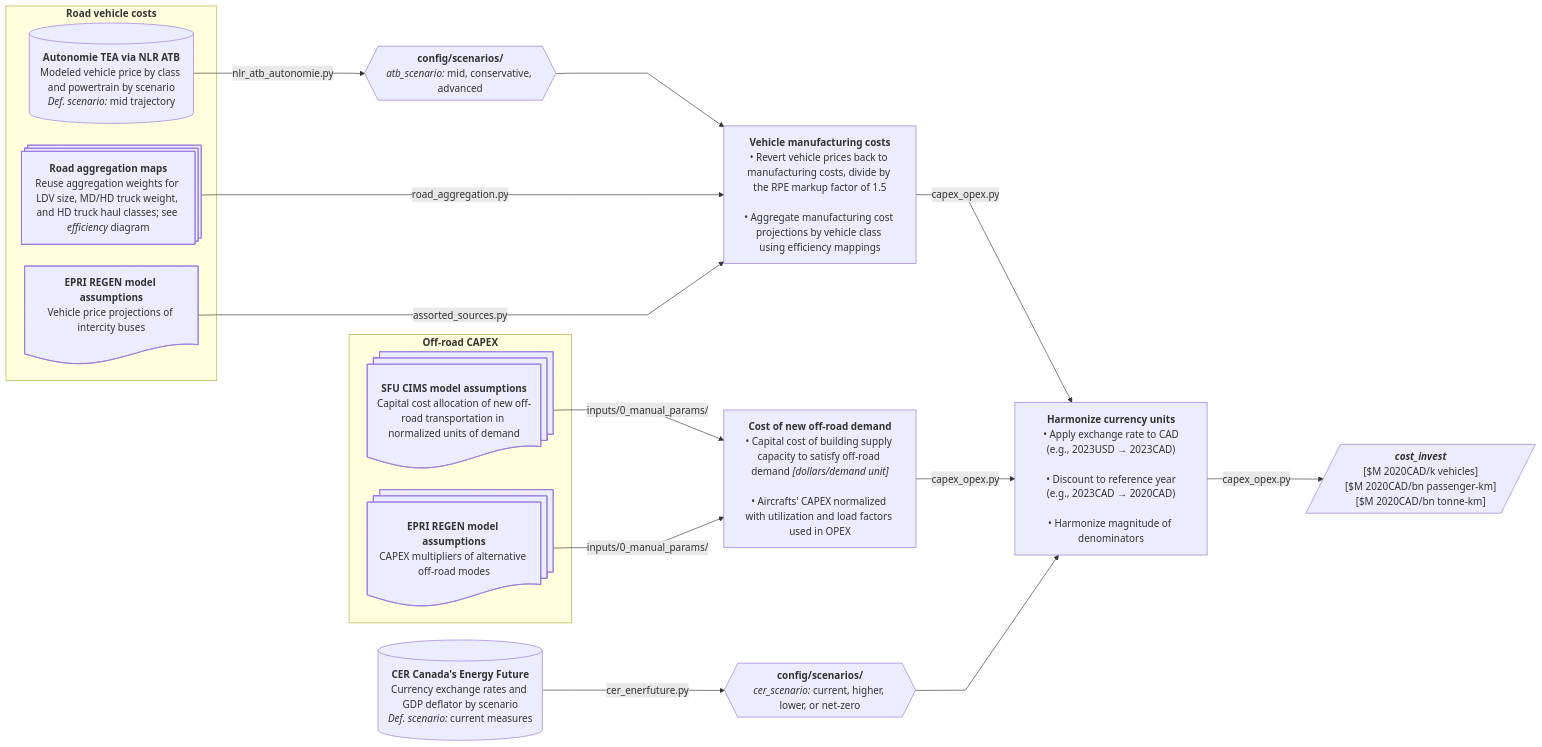
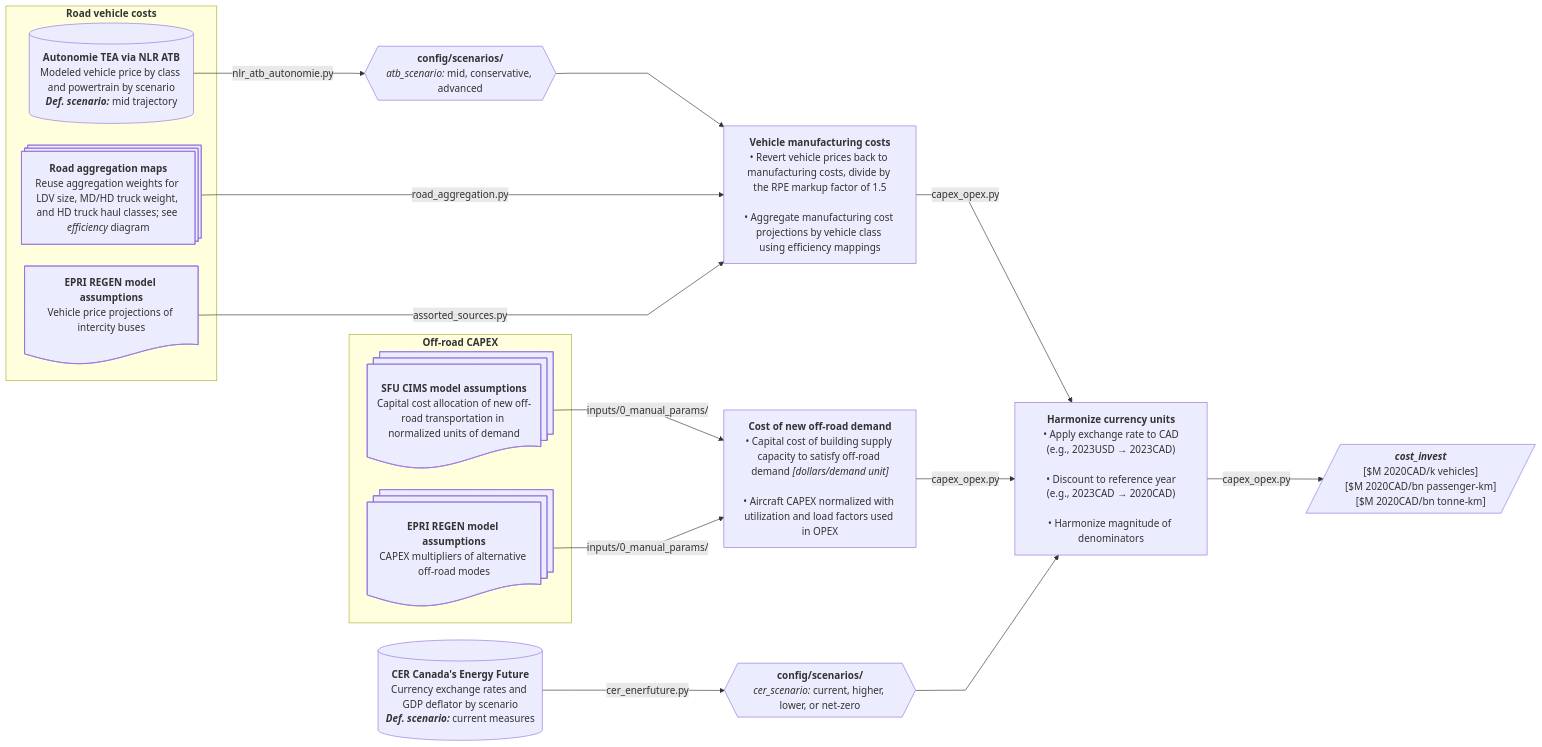
One commit to CANOE-main/canoe-transportation changed the seventh of 12 diagrams in docs/etl_flowcharts.md. Above: the diagram before and after it, drawn with Mermaid. The commit also changed other lines of this file and 10 other files, not shown here.

````diff
--- a/docs/etl_flowcharts.md
+++ b/docs/etl_flowcharts.md
@@ -469,51 +559,73 @@
 ```mermaid
 ---
 config:
   layout: dagre
   flowchart:
     nodeSpacing: 35
     rankSpacing: 50
     wrappingWidth: 250
     curve: linear
 ---
 flowchart LR
-  s3[("`**CER Canada's Energy Future**<br>Currency exchange rates and GDP deflator by scenario<br>*Def. scenario:* current measures`")]
+  %% ########### Sources ###########
+  s3[("`**CER Canada's Energy Future**
+    Currency exchange rates and GDP deflator by scenario
+    ***Def. scenario:*** current measures`")]
   subgraph offroad["`**Off-road CAPEX**`"]
-	  %% --- Sources ---
-	  s7@{shape: docs, label: "**SFU CIMS model assumptions**<br>Capital cost allocation of new off-road transportation in normalized units of demand"}
-	  s8@{shape: docs, label: "**EPRI REGEN model assumptions**<br>CAPEX multipliers of alternative off-road modes"}
+    s7@{shape: docs, label: "**SFU CIMS model assumptions**
+      Capital cost allocation of new off-road transportation in normalized units of demand"}
+    s8@{shape: docs, label: "**EPRI REGEN model assumptions**
+      CAPEX multipliers of alternative off-road modes"}
   end
 
-  %% --- Processes ---
-  p3["`**Cost of new off-road demand**<br>• Capital cost of building supply capacity to satisfy off-road demand *[dollars/demand unit]*<br><br>• Aircrafts' CAPEX normalized with utilization and load factors used in OPEX`"]
+  %% ########### Processes ###########
+  p3["`**Cost of new off-road demand**
+    • Capital cost of building supply capacity to satisfy off-road demand *[dollars/demand unit]*<br>
+    • Aircraft CAPEX normalized with utilization and load factors used in OPEX`"]
   s7 & s8 -- inputs/0_manual_params/ --> p3
 
+  %% ########### Sources ###########
   subgraph road["`**Road vehicle costs**`"]
-	  %% --- Sources ---
-	  s1@{shape: processes, label: "**Road aggregation maps**<br>Reuse aggregation weights for LDV size, MD/HD truck weight, and HD truck haul classes; see *efficiency* diagram"}
-	  s2[("`**Autonomie TEA via NLR ATB**<br>Modeled vehicle price by class and powertrain by scenario<br>*Def. scenario:* mid trajectory`")]
-    s8_bus@{shape: doc, label: "**EPRI REGEN model assumptions**<br>Vehicle price projections of intercity buses"}
+    s1@{shape: processes, label: "**Road aggregation maps**
+      Reuse aggregation weights for LDV size, MD/HD truck weight, and HD truck haul classes; see *efficiency* diagram"}
+    s2[("`**Autonomie TEA via NLR ATB**
+      Modeled vehicle price by class and powertrain by scenario
+      ***Def. scenario:*** mid trajectory`")]
+    s8_bus@{shape: doc, label: "**EPRI REGEN model assumptions**
+      Vehicle price projections of intercity buses"}
   end
 
-  %% --- Processes ---
-  p0_2@{shape: hex, label: "**config/scenarios/**<br>*atb_scenario:* mid, conservative, advanced"}
-  p2["`**Vehicle manufacturing costs**<br>• Revert vehicle prices back to manufacturing costs, divide by the RPE markup factor of 1.5<br><br>• Aggregate manufacturing cost projections by vehicle class using efficiency mappings`"]
+  %% ########### Processes ###########
+  p0_2@{shape: hex, label: "**config/scenarios/**
+    *atb_scenario:* mid, conservative, advanced"}
+  p2["`**Vehicle manufacturing costs**
+    • Revert vehicle prices back to manufacturing costs, divide by the RPE markup factor of 1.5<br>
+    • Aggregate manufacturing cost projections by vehicle class using efficiency mappings`"]
   s2 -- nlr_atb_autonomie.py --> p0_2 --> p2
   s1 -- road_aggregation.py --> p2
   s8_bus -- assorted_sources.py --> p2
 
-  p0@{shape: hex, label: "**config/scenarios/**<br>*cer_scenario:* current, higher, lower, or net-zero"}
-  p4["`**Harmonize currency units**<br>• Apply exchange rate to CAD<br>(e.g., 2023USD → 2023CAD)<br><br>• Discount to reference year<br>(e.g., 2023CAD → 2020CAD)<br><br>• Harmonize magnitude of denominators`"]
+  p0@{shape: hex, label: "**config/scenarios/**
+    *cer_scenario:* current, higher, lower, or net-zero"}
+  p4["`**Harmonize currency units**
+    • Apply exchange rate to CAD
+    (e.g., 2023USD → 2023CAD)<br>
+    • Discount to reference year
+    (e.g., 2023CAD → 2020CAD)<br>
+    • Harmonize magnitude of denominators`"]
   p2 -- capex_opex.py --> p4
   p3 -- capex_opex.py --> p4
   s3 -- cer_enerfuture.py --> p0 --> p4
 
-  p4 -- capex_opex.py --> o1[/"`***cost_invest***<br>[$M 2020CAD/k vehicles]<br>[$M 2020CAD/bn passenger-km]<br>[$M 2020CAD/bn tonne-km]`"/]
+  p4 -- capex_opex.py --> o1[/"`***cost_invest***
+    [$M 2020CAD/k vehicles]
+    [$M 2020CAD/bn passenger-km]
+    [$M 2020CAD/bn tonne-km]`"/]
 
   %% --- Hyperlinks ---
   click s8_bus "https://us-regen-docs.epri.com/v2025/assumptions/transportation.html#on-road-fleet-vehicles"
   click s8 "https://us-regen-docs.epri.com/v2025/assumptions/transportation.html#non-road-vehicles"
   click s7 "https://github.com/EMRG-SFU/cims-models/tree/main/sources/sectors"
   click s2 "https://vms.taps.anl.gov/research-highlights/vehicle-technologies/u-s-doe-vto-hfto-r-d-benefits/"
   click s3 "https://open.canada.ca/data/en/dataset/07c42deb-9435-43b9-a416-7ce316f3893d"
 ```
````
